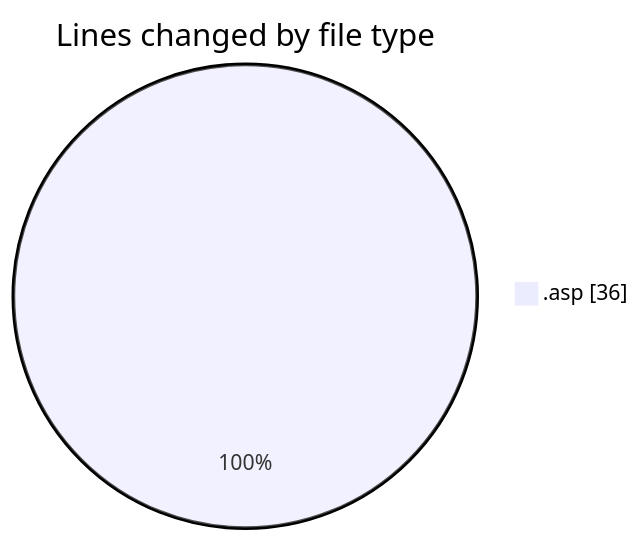
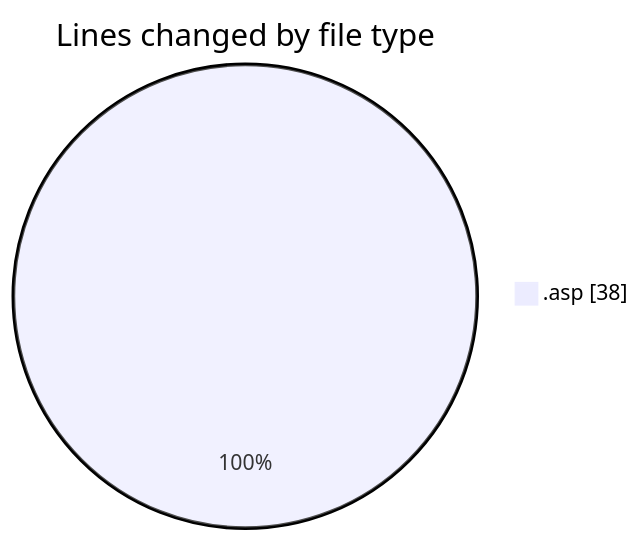
One commit to julien-gomy/code-tracking changed the first of 2 diagrams in 2025-11-01/cdp_aleoudev_fr__workspace_/README.md. Above: the diagram before and after it, drawn with Mermaid. The commit also changed other lines of this file and 1 other file, not shown here.

````diff
--- a/2025-11-01/cdp_aleoudev_fr__workspace_/README.md
+++ b/2025-11-01/cdp_aleoudev_fr__workspace_/README.md
@@ -20,5 +21,5 @@
 ```mermaid
 pie showData
 title Lines changed by file type
-".asp" : 36
+".asp" : 38
 ```
````
